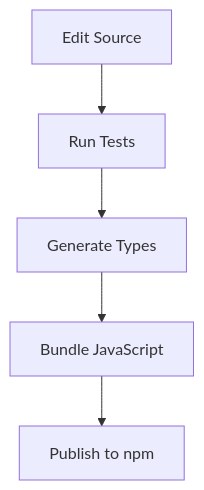
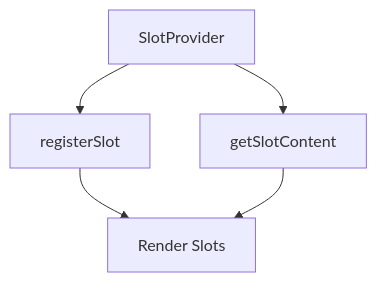
Before and after one commit to bun-press/bunpress: the third of 6 diagrams in memory-bank/systemPatterns.md, drawn with Mermaid. The commit also changed other lines of this file and 49 other files, not shown here.

````diff
--- a/memory-bank/systemPatterns.md
+++ b/memory-bank/systemPatterns.md
@@ -273,7 +58,7 @@
 ```mermaid
 graph TD
-    A[Edit Source] --> B[Run Tests]
-    B --> C[Generate Types]
-    C --> D[Bundle JavaScript]
-    D --> E[Publish to npm]
+    A[SlotProvider] --> B[registerSlot]
+    A --> C[getSlotContent]
+    B --> D[Render Slots]
+    C --> D
 ```
````
